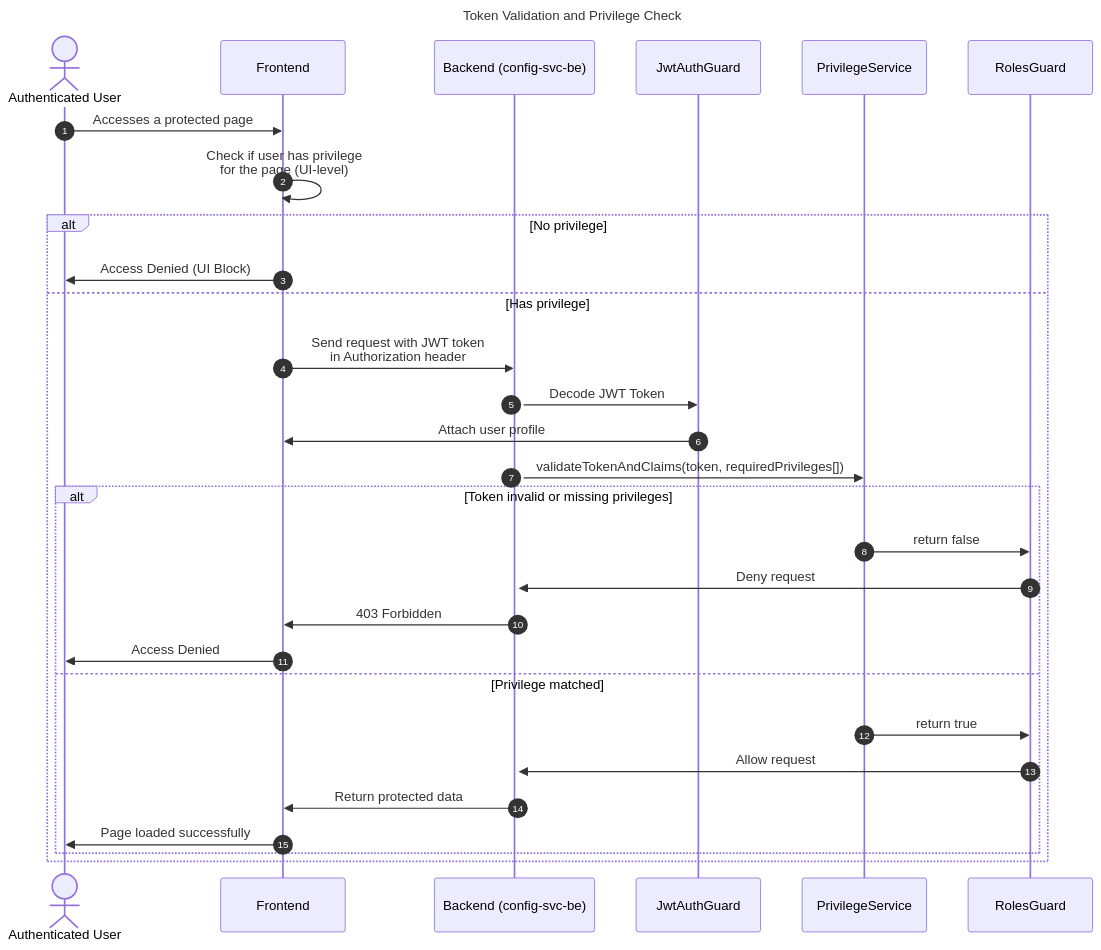
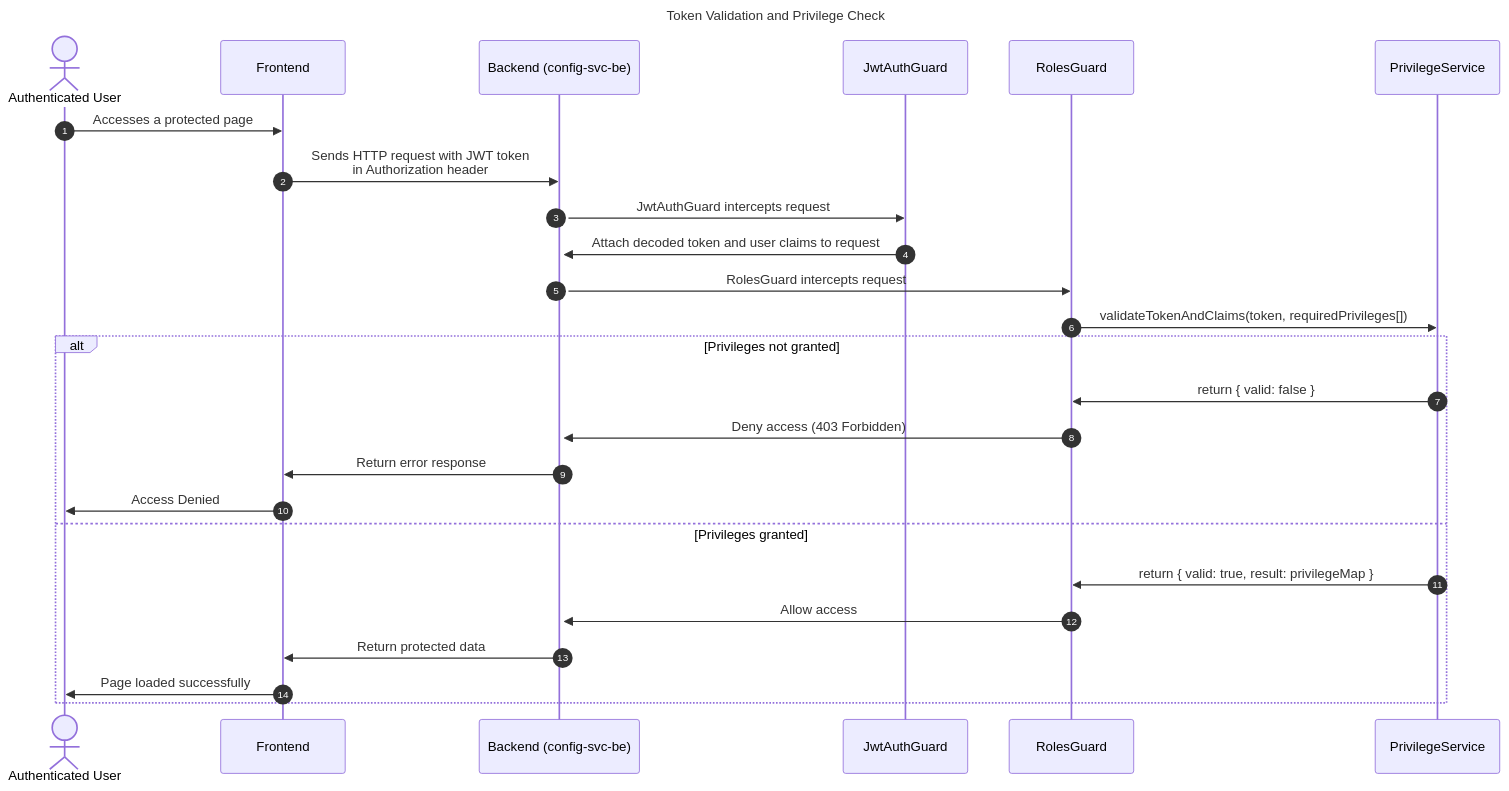
The diagram in auth_lib_usage.md (omelextego1/config-svc), drawn with Mermaid before and after one commit. The commit also changed other lines of this file, not shown here.

````diff
--- a/auth_lib_usage.md
+++ b/auth_lib_usage.md
@@ -24,35 +34,33 @@
 ```mermaid
 sequenceDiagram
-Title: Token Validation and Privilege Check
-autonumber
+    Title: Token Validation and Privilege Check
+    autonumber
 
-actor user as Authenticated User
-participant fe as Frontend
-participant be as Backend (config-svc-be)
-participant jwt as JwtAuthGuard
-participant priv as PrivilegeService
-participant ctrl as RolesGuard
+    actor user as Authenticated User
+    participant fe as Frontend
+    participant be as Backend (config-svc-be)
+    participant jwt as JwtAuthGuard
+    participant ctrl as RolesGuard
+    participant priv as PrivilegeService
 
-user->>fe: Accesses a protected page
-fe->>fe: Check if user has privilege<br/>for the page (UI-level)
-alt No privilege
-    fe->>user: Access Denied (UI Block)
-else Has privilege
-    fe->>be: Send request with JWT token<br/>in Authorization header
+    user->>fe: Accesses a protected page
+    fe->>be: Sends HTTP request with JWT token<br/>in Authorization header
+
     activate be
-    be->>jwt: Decode JWT Token
-    jwt->>fe: Attach user profile
-    be->>priv: validateTokenAndClaims(token, requiredPrivileges[])
-    alt Token invalid or missing privileges
-        priv->>ctrl: return false
-        ctrl->>be: Deny request
-        be->>fe: 403 Forbidden
+    be->>jwt: JwtAuthGuard intercepts request
+    jwt->>be: Attach decoded token and user claims to request
+
+    be->>ctrl: RolesGuard intercepts request
+    ctrl->>priv: validateTokenAndClaims(token, requiredPrivileges[])
+    alt Privileges not granted
+        priv->>ctrl: return { valid: false }
+        ctrl->>be: Deny access (403 Forbidden)
+        be->>fe: Return error response
         fe->>user: Access Denied
-    else Privilege matched
-        priv->>ctrl: return true
-        ctrl->>be: Allow request
+    else Privileges granted
+        priv->>ctrl: return { valid: true, result: privilegeMap }
+        ctrl->>be: Allow access
         be->>fe: Return protected data
         fe->>user: Page loaded successfully
     end
-end
 ```
````
